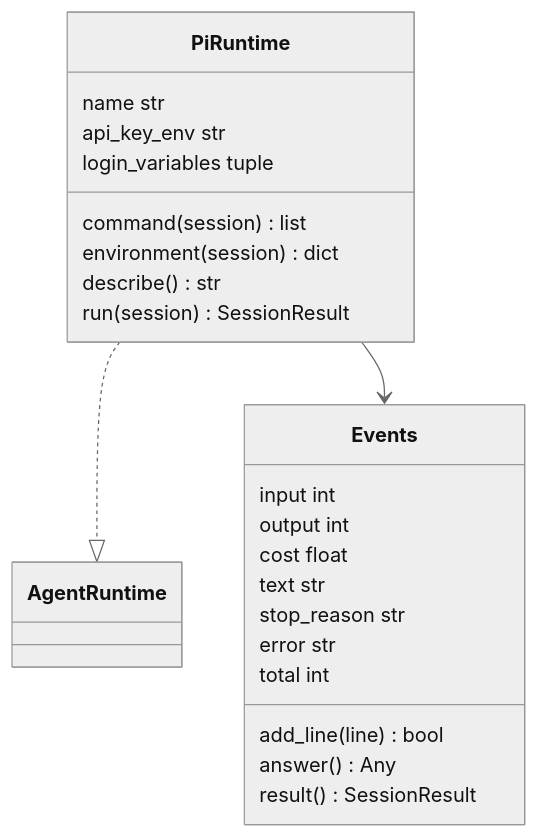
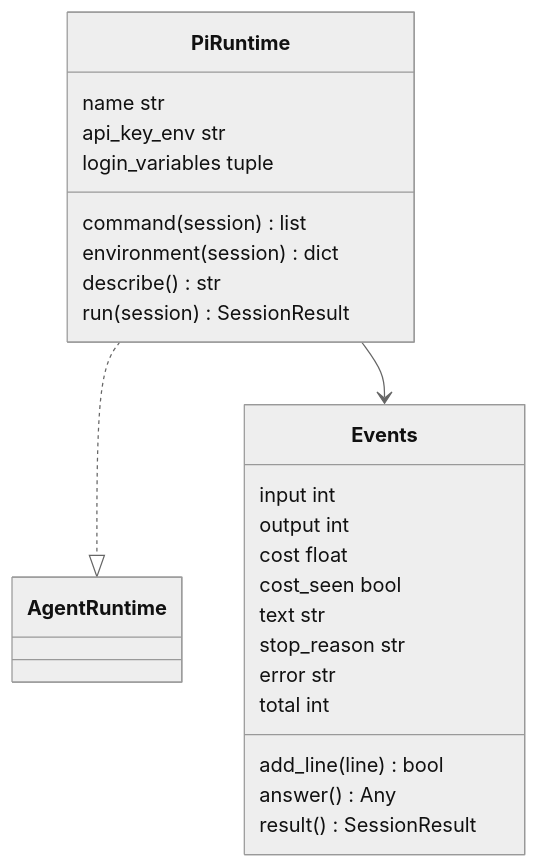
Before and after one commit to plaplanche/ariane: the second of 3 diagrams in docs/architecture/modules/pi.md, drawn with Mermaid (neutral theme). The commit also changed other lines of this file and 4 other files, not shown here.

````diff
--- a/docs/architecture/modules/pi.md
+++ b/docs/architecture/modules/pi.md
@@ -44,26 +44,27 @@
 ```mermaid
 classDiagram
 class PiRuntime {
   name str
   api_key_env str
   login_variables tuple
   command(session) list
   environment(session) dict
   describe() str
   run(session) SessionResult
 }
 class Events {
   input int
   output int
   cost float
+  cost_seen bool
   text str
   stop_reason str
   error str
   total int
   add_line(line) bool
   answer() Any
   result() SessionResult
 }
 PiRuntime ..|> AgentRuntime
 PiRuntime --> Events
 ```
````
